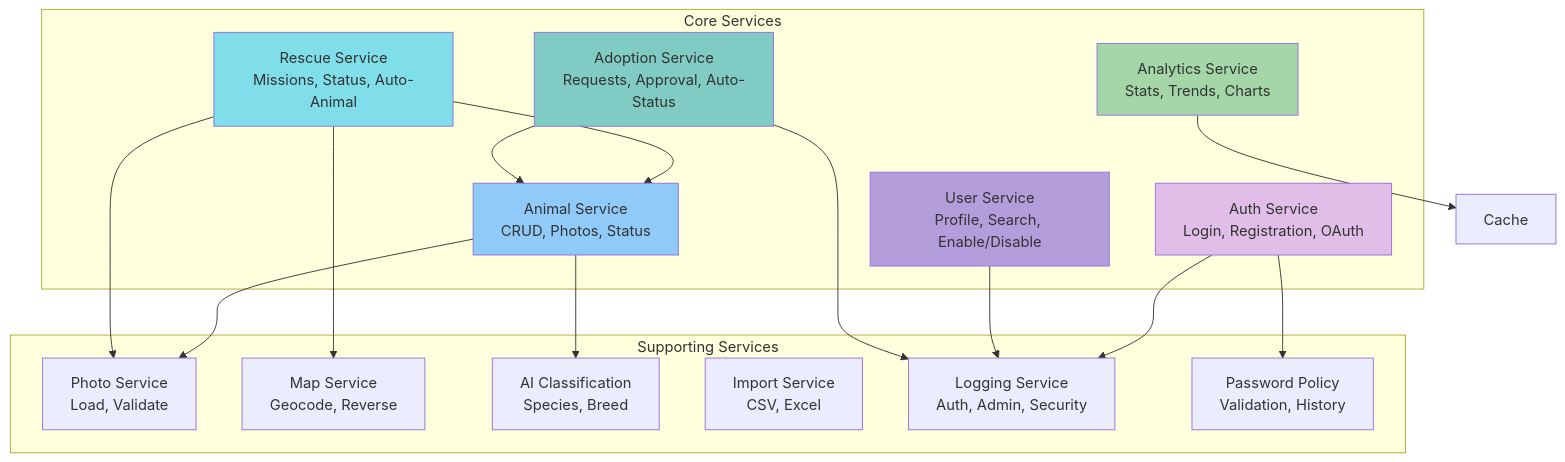
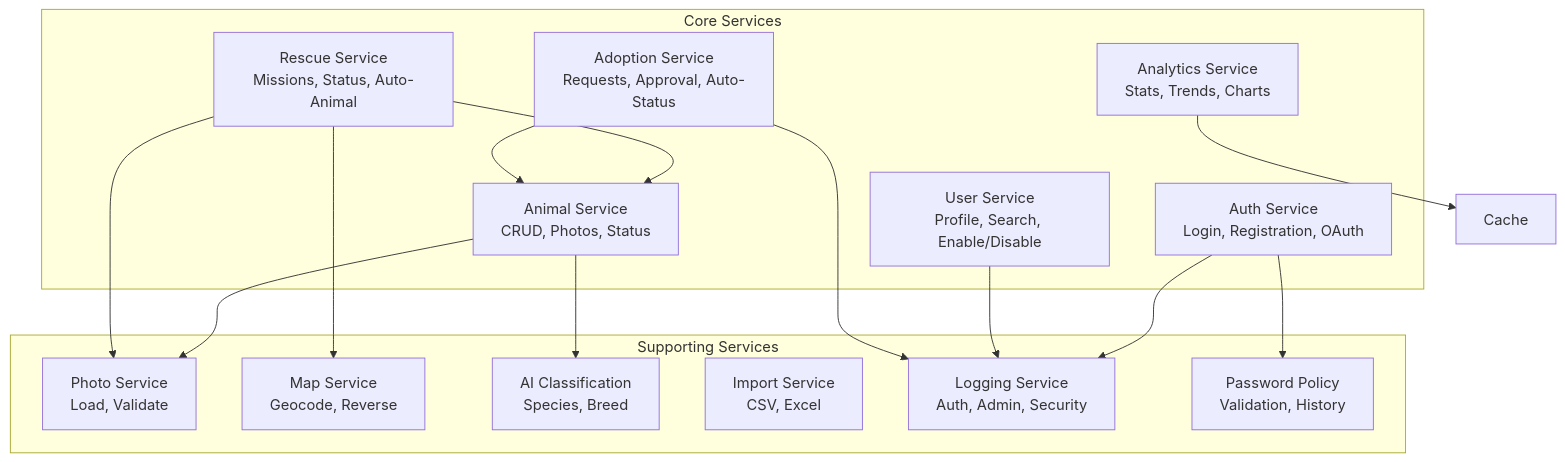
The third of 10 diagrams in docs/ARCHITECTURE.md (clepord34/PawRes), drawn with Mermaid before and after one commit. The commit also changed other lines of this file and 10 other files, not shown here.

````diff
--- a/docs/ARCHITECTURE.md
+++ b/docs/ARCHITECTURE.md
@@ -166,44 +154,37 @@
 ```mermaid
 graph TB
     subgraph "Core Services"
         AuthService[Auth Service<br/>Login, Registration, OAuth]
         UserService[User Service<br/>Profile, Search, Enable/Disable]
         AnimalService[Animal Service<br/>CRUD, Photos, Status]
         RescueService[Rescue Service<br/>Missions, Status, Auto-Animal]
         AdoptionService[Adoption Service<br/>Requests, Approval, Auto-Status]
         AnalyticsService[Analytics Service<br/>Stats, Trends, Charts]
     end
     
     subgraph "Supporting Services"
         PhotoService[Photo Service<br/>Load, Validate]
         MapService[Map Service<br/>Geocode, Reverse]
         AIService[AI Classification<br/>Species, Breed]
         ImportService[Import Service<br/>CSV, Excel]
         LoggingService[Logging Service<br/>Auth, Admin, Security]
         PasswordPolicy[Password Policy<br/>Validation, History]
     end
     
     AuthService --> PasswordPolicy
     AuthService --> LoggingService
     
     UserService --> LoggingService
     
     AnimalService --> PhotoService
     AnimalService --> AIService
     
     RescueService --> MapService
     RescueService --> PhotoService
     RescueService --> AnimalService
     
     AdoptionService --> AnimalService
     AdoptionService --> LoggingService
     
     AnalyticsService --> Cache
-    
-    style AuthService fill:#e1bee7
-    style UserService fill:#b39ddb
-    style AnimalService fill:#90caf9
-    style RescueService fill:#80deea
-    style AdoptionService fill:#80cbc4
-    style AnalyticsService fill:#a5d6a7
 ```
````
